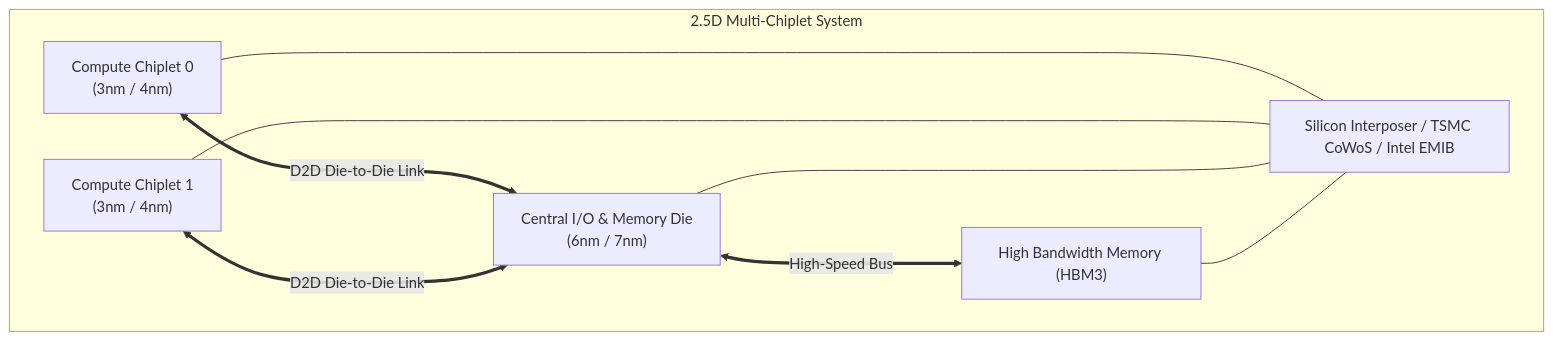
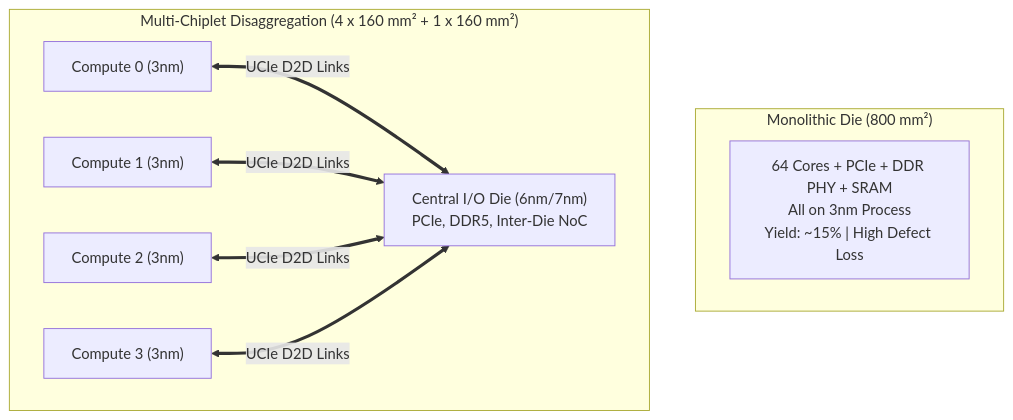
One commit to network-on-chip/learning changed the first of 4 diagrams in docs/track6-chiplets-and-3d/02-chiplets-ucie-interconnects.md. Above: the diagram before and after it, drawn with Mermaid. The commit also changed other lines of this file and 17 other files, not shown here.

````diff
--- a/docs/track6-chiplets-and-3d/02-chiplets-ucie-interconnects.md
+++ b/docs/track6-chiplets-and-3d/02-chiplets-ucie-interconnects.md
@@ -15,16 +15,16 @@
 ```mermaid
 graph TD
-  subgraph Chiplet_Module [2.5D Multi-Chiplet System]
-    Compute0["Compute Chiplet 0<br/>(3nm / 4nm)"]
-    Compute1["Compute Chiplet 1<br/>(3nm / 4nm)"]
-    IO_Die["Central I/O & Memory Die<br/>(6nm / 7nm)"]
-    HBM["High Bandwidth Memory (HBM3)"]
+  subgraph Monolithic ["Monolithic Die (800 mm²)"]
+    M_Core["64 Cores + PCIe + DDR PHY + SRAM<br/>All on 3nm Process<br/>Yield: ~15% | High Defect Loss"]
+  end
 
-    Compute0 <===>|D2D Die-to-Die Link| IO_Die
-    Compute1 <===>|D2D Die-to-Die Link| IO_Die
-    IO_Die   <===>|High-Speed Bus| HBM
+  subgraph Chiplet ["Multi-Chiplet Disaggregation (4 x 160 mm² + 1 x 160 mm²)"]
+    C0["Compute 0 (3nm)"]
+    C1["Compute 1 (3nm)"]
+    C2["Compute 2 (3nm)"]
+    C3["Compute 3 (3nm)"]
+    IO["Central I/O Die (6nm/7nm)<br/>PCIe, DDR5, Inter-Die NoC"]
 
-    Substrate["Silicon Interposer / TSMC CoWoS / Intel EMIB"]
-    Compute0 & Compute1 & IO_Die & HBM --- Substrate
+    C0 & C1 & C2 & C3 <==>|UCIe D2D Links| IO
   end
 ```
````
